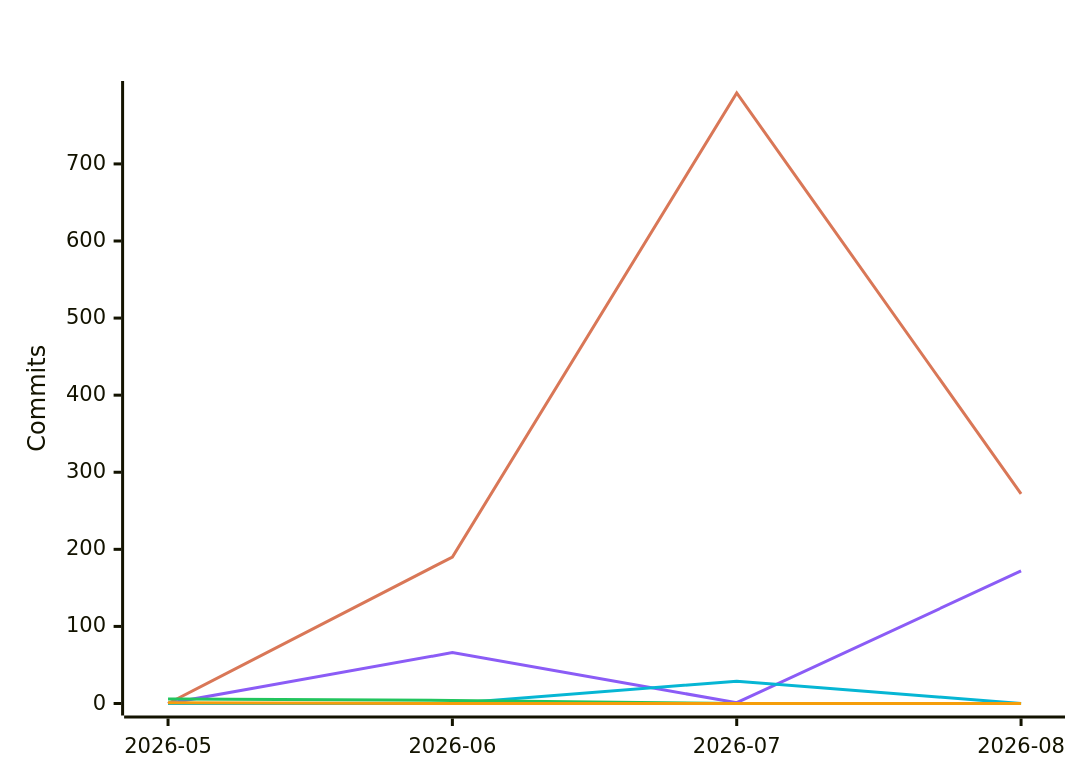
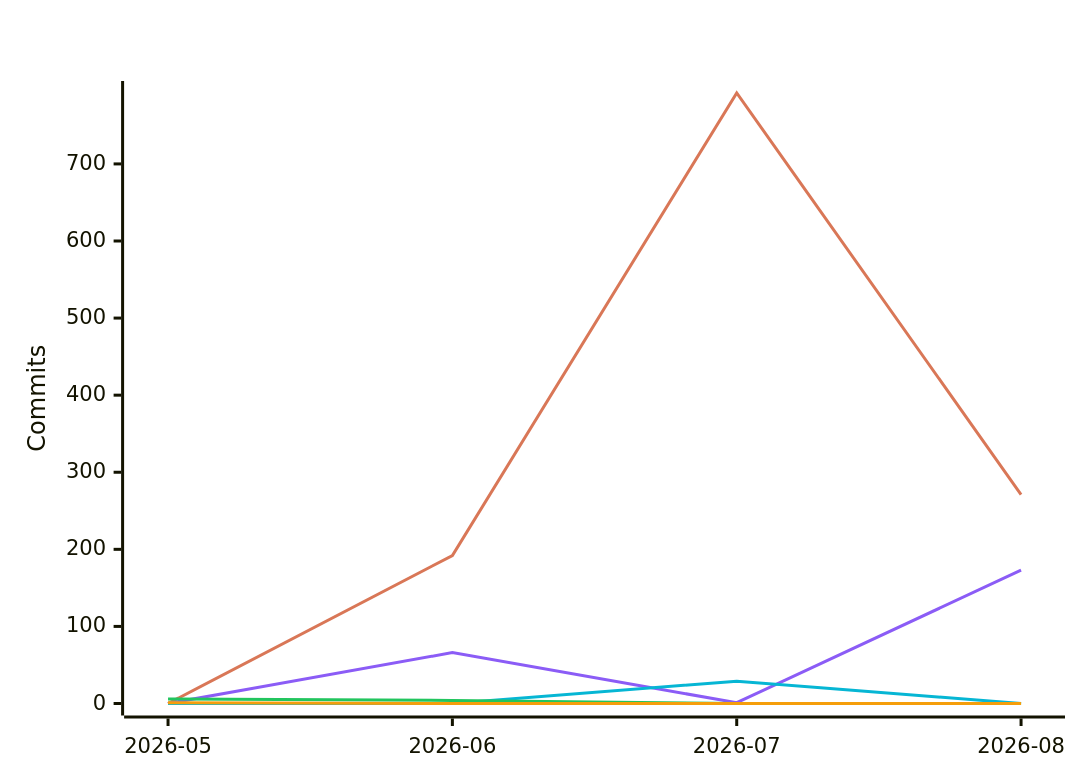
Before and after one commit to polo-nyan/polo-nyan: the fifth of 7 diagrams in README.md, drawn with Mermaid. The commit also changed other lines of this file and 1 other file, not shown here.

````diff
--- a/README.md
+++ b/README.md
@@ -313,12 +313,12 @@
 ```mermaid
 %%{init: {"xyChart": {"titleColor": "#ffffff", "xAxisLabelColor": "#ffffff", "yAxisLabelColor": "#ffffff"}, "themeVariables": {"xyChart": {"titleColor": "#ffffff", "plotColorPalette": "#d97757, #8b5cf6, #06b6d4, #22c55e, #f59e0b, #ec4899"}}}}%%
 xychart-beta
     title "Commits Per Month by Model Family"
     x-axis ["2026-05", "2026-06", "2026-07", "2026-08"]
     y-axis "Commits"
-    line [0, 190, 792, 272]
-    line [0, 66, 1, 172]
+    line [0, 192, 792, 271]
+    line [0, 66, 1, 173]
     line [0, 0, 29, 0]
     line [6, 4, 0, 0]
     line [1, 0, 0, 0]
 ```
````
